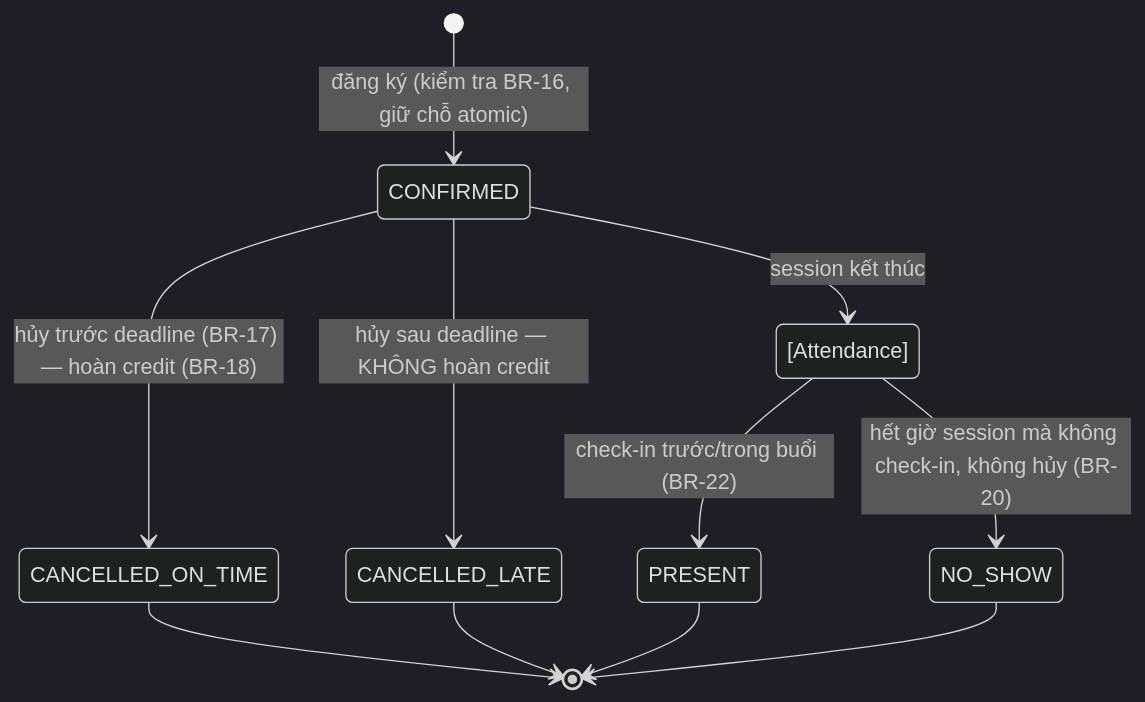
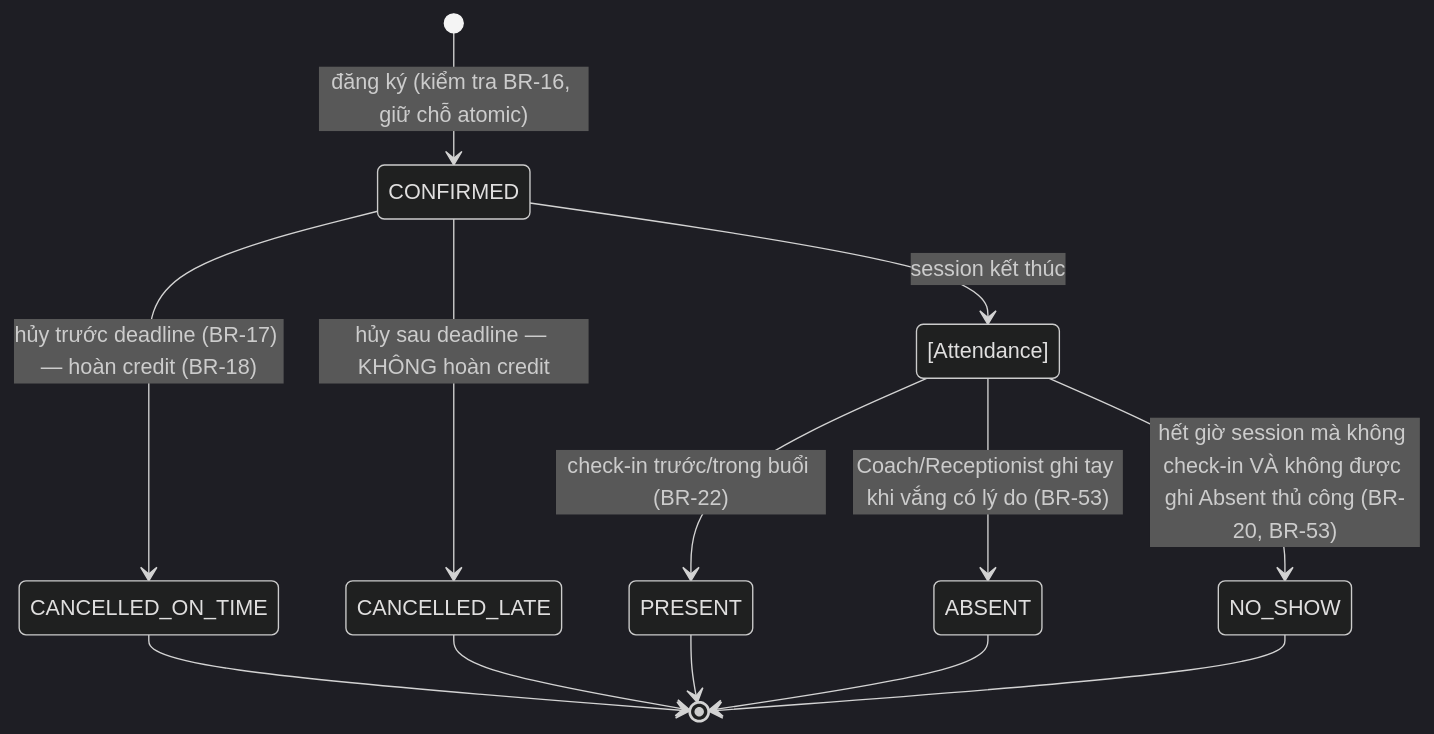
Before and after one commit to SWP391-SportHub-Group4/sports-center-management-system: the third of 5 diagrams in docs/Center-Management-System-Design-v2.md, drawn with Mermaid (dark theme). The commit also changed other lines of this file and 28 other files, not shown here.

````diff
--- a/docs/Center-Management-System-Design-v2.md
+++ b/docs/Center-Management-System-Design-v2.md
@@ -313,13 +317,15 @@
 ```mermaid
 stateDiagram-v2
     [*] --> CONFIRMED: đăng ký (kiểm tra BR-16, giữ chỗ atomic)
     CONFIRMED --> CANCELLED_ON_TIME: hủy trước deadline (BR-17) — hoàn credit (BR-18)
     CONFIRMED --> CANCELLED_LATE: hủy sau deadline — KHÔNG hoàn credit
     CONFIRMED --> [Attendance]: session kết thúc
     [Attendance] --> PRESENT: check-in trước/trong buổi (BR-22)
-    [Attendance] --> NO_SHOW: hết giờ session mà không check-in, không hủy (BR-20)
+    [Attendance] --> ABSENT: Coach/Receptionist ghi tay khi vắng có lý do (BR-53)
+    [Attendance] --> NO_SHOW: hết giờ session mà không check-in VÀ không được ghi Absent thủ công (BR-20, BR-53)
     CANCELLED_ON_TIME --> [*]
     CANCELLED_LATE --> [*]
     PRESENT --> [*]
+    ABSENT --> [*]
     NO_SHOW --> [*]
 ```
````
